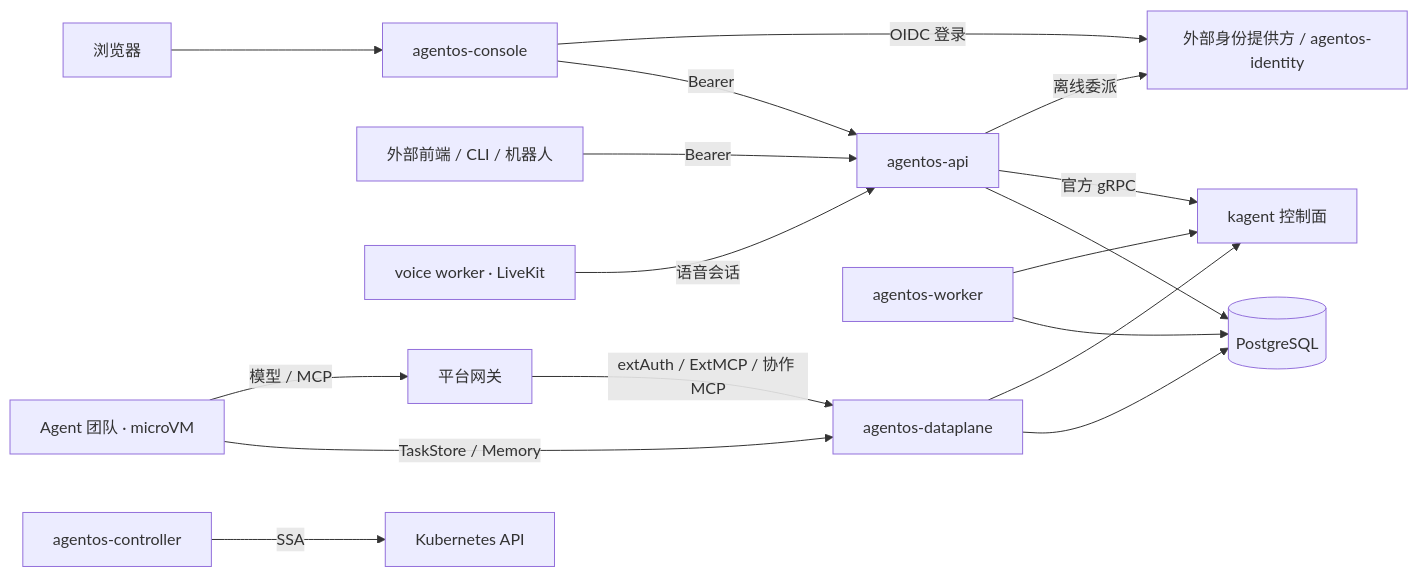
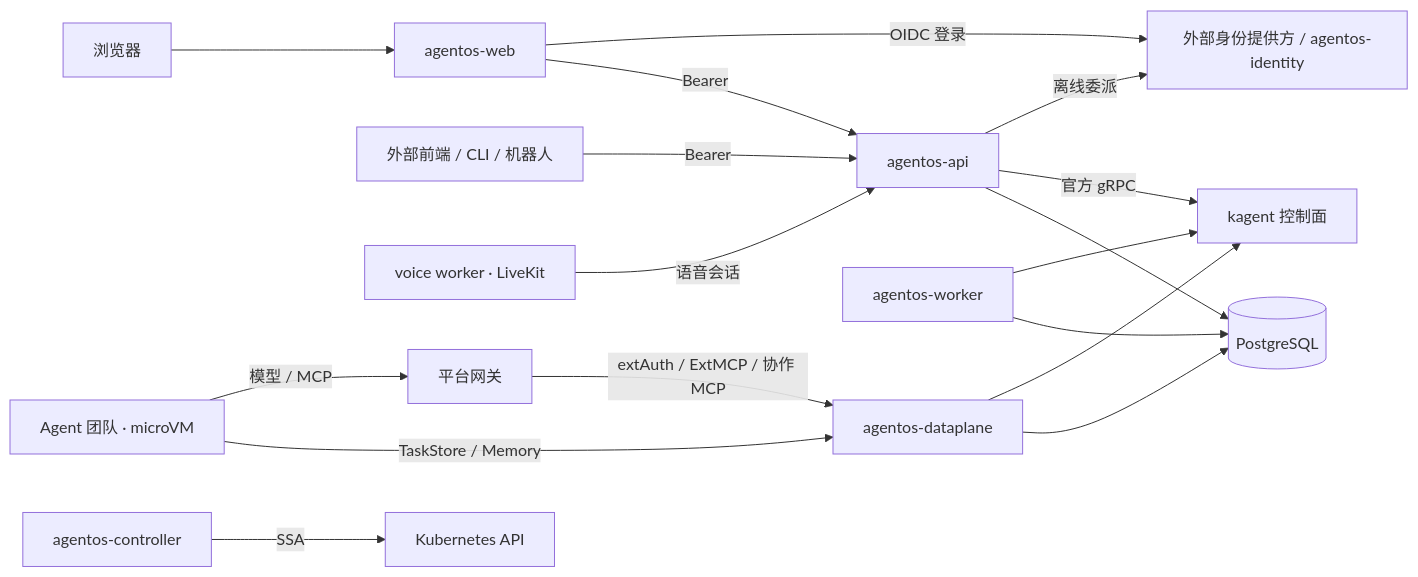
One commit to pood1e/agentos-platform changed the diagram in refactor.md. Above: the diagram before and after it, drawn with Mermaid. The commit also changed other lines of this file and 77 other files, not shown here.

````diff
--- a/refactor.md
+++ b/refactor.md
@@ -45,17 +45,17 @@
 ```mermaid
 flowchart LR
-    Browser[浏览器] --> Console[agentos-console]
+    Browser[浏览器] --> Console[agentos-web]
     Console -->|OIDC 登录| IdP[外部身份提供方 / agentos-identity]
     Console -->|Bearer| API[agentos-api]
     API -->|离线委派| IdP
     Clients[外部前端 / CLI / 机器人] -->|Bearer| API
     Voice[voice worker · LiveKit] -->|语音会话| API
     API -->|官方 gRPC| Kagent[kagent 控制面]
     Team[Agent 团队 · microVM] -->|模型 / MCP| Gateway[平台网关]
     Gateway -->|extAuth / ExtMCP / 协作 MCP| Dataplane[agentos-dataplane]
     Team -->|TaskStore / Memory| Dataplane
     Dataplane --> Kagent
     Worker[agentos-worker] --> Kagent
     API & Dataplane & Worker --> PG[(PostgreSQL)]
     Controller[agentos-controller] -->|SSA| K8s[Kubernetes API]
 ```
````
